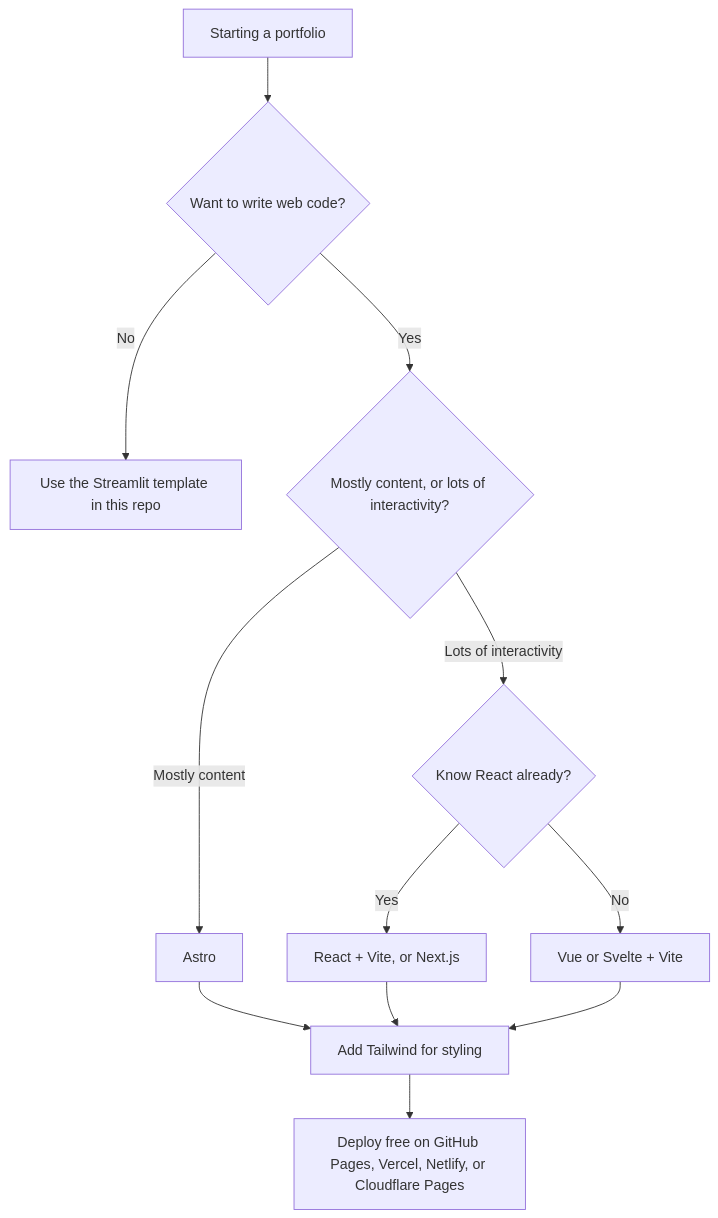
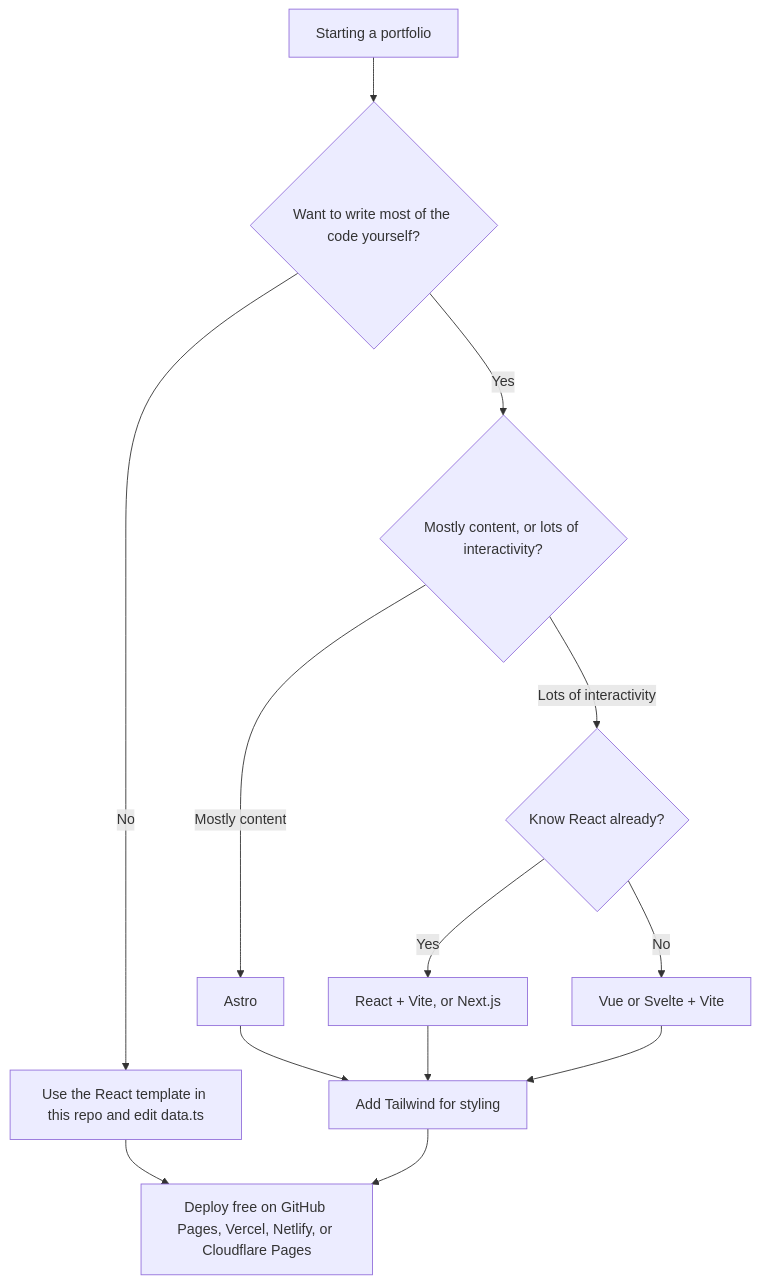
Before and after one commit to LaurierCS/Build-a-portfolio: the diagram in README.md, drawn with Mermaid. The commit also changed other lines of this file and 1 other file, not shown here.

Commit message:
docs: rewrite README and SETUP for the React + Vite template

````diff
--- a/README.md
+++ b/README.md
@@ -9,14 +41,15 @@
 ```mermaid
 flowchart TD
-    A[Starting a portfolio] --> B{Want to write web code?}
-    B -- No --> S[Use the Streamlit template in this repo]
+    A[Starting a portfolio] --> B{Want to write most of the code yourself?}
+    B -- No --> S[Use the React template in this repo and edit data.ts]
     B -- Yes --> C{Mostly content, or lots of interactivity?}
     C -- Mostly content --> D[Astro]
     C -- Lots of interactivity --> E{Know React already?}
     E -- Yes --> F[React + Vite, or Next.js]
     E -- No --> G[Vue or Svelte + Vite]
+    S --> I
     D --> H[Add Tailwind for styling]
     F --> H
     G --> H
     H --> I[Deploy free on GitHub Pages, Vercel, Netlify, or Cloudflare Pages]
 ```
````
